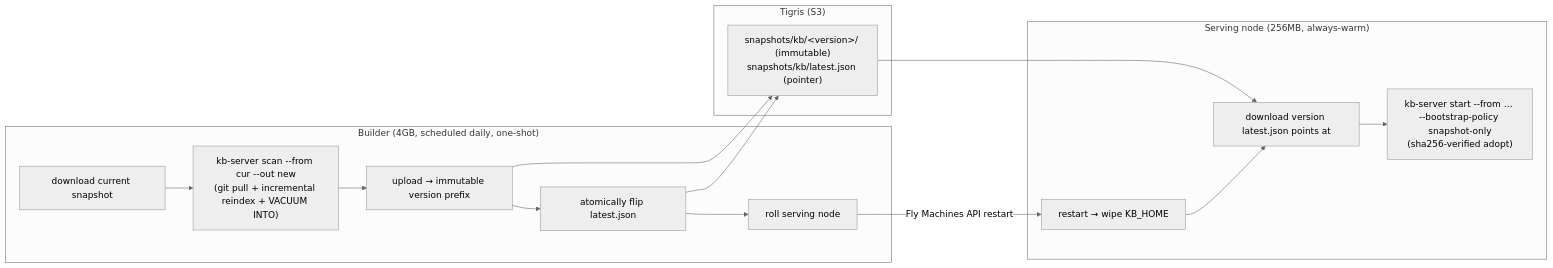
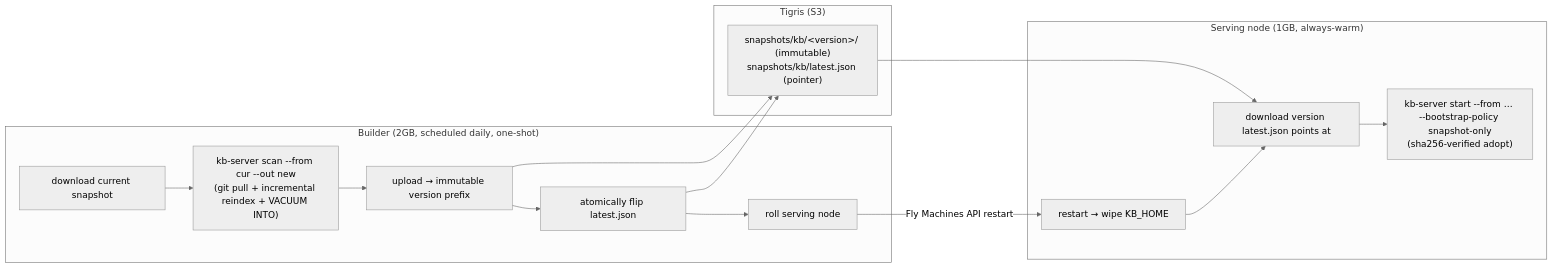
The diagram in FLY_ORCHESTRATION.md (rosenjcb/kb), drawn with Mermaid (neutral theme) before and after one commit. The commit also changed other lines of this file and 10 other files, not shown here.

First line of the commit message:
fly: one-command teardown/standup, a single source of truth for the builder machine, and a 2GB builder (#245)

````diff
--- a/FLY_ORCHESTRATION.md
+++ b/FLY_ORCHESTRATION.md
@@ -63,24 +63,24 @@
 ```mermaid
 flowchart LR
-  subgraph B ["Builder (4GB, scheduled daily, one-shot)"]
+  subgraph B ["Builder (2GB, scheduled daily, one-shot)"]
     B1["download current snapshot"]
     B2["kb-server scan --from cur --out new<br/>(git pull + incremental reindex + VACUUM INTO)"]
     B3["upload → immutable version prefix"]
     B4["atomically flip latest.json"]
     B5["roll serving node"]
     B1 --> B2 --> B3 --> B4 --> B5
   end
   subgraph T ["Tigris (S3)"]
     P["snapshots/kb/&lt;version&gt;/ (immutable)<br/>snapshots/kb/latest.json (pointer)"]
   end
-  subgraph S ["Serving node (256MB, always-warm)"]
+  subgraph S ["Serving node (1GB, always-warm)"]
     S1["restart → wipe KB_HOME"]
     S2["download version latest.json points at"]
     S3["kb-server start --from … --bootstrap-policy snapshot-only<br/>(sha256-verified adopt)"]
     S1 --> S2 --> S3
   end
   B3 --> P
   B4 --> P
   B5 -->|Fly Machines API restart| S1
   P --> S2
 ```
````
